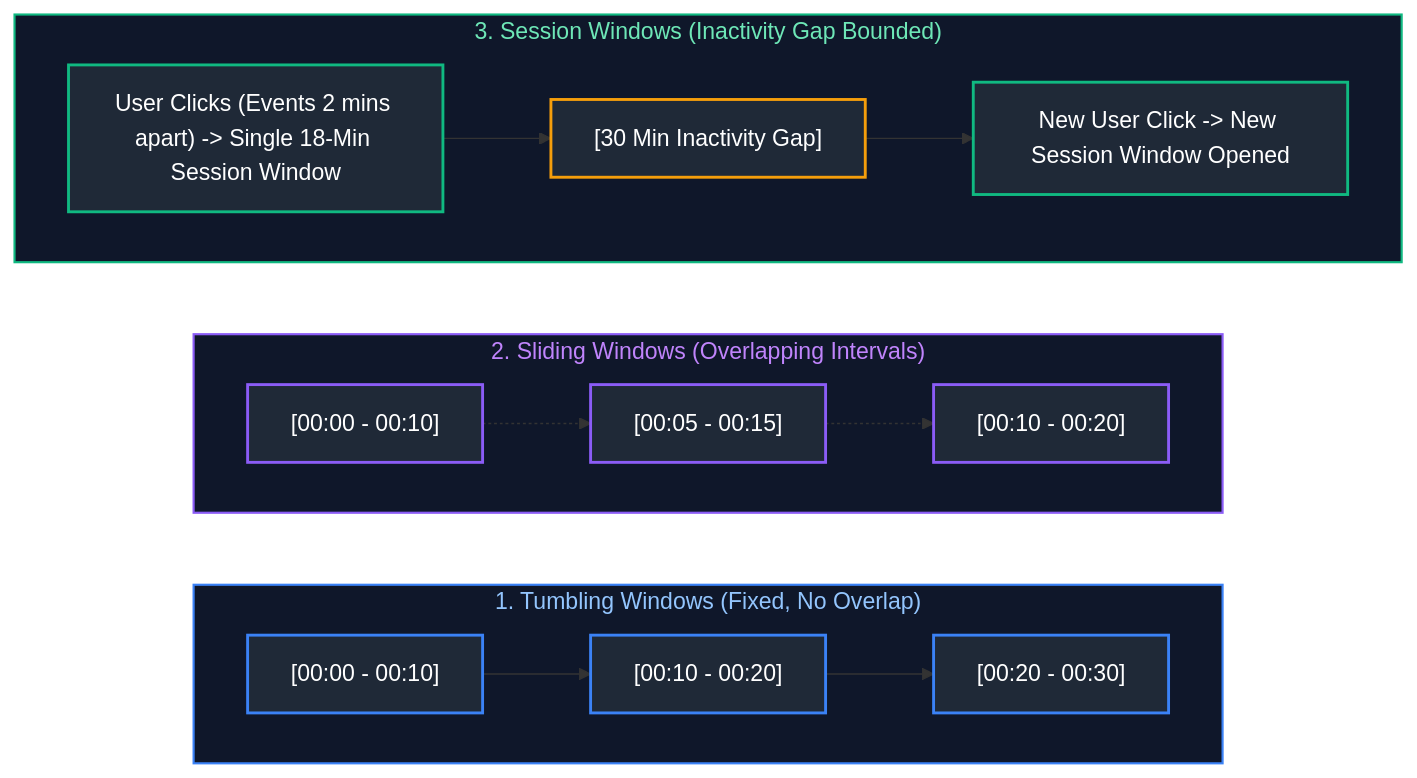
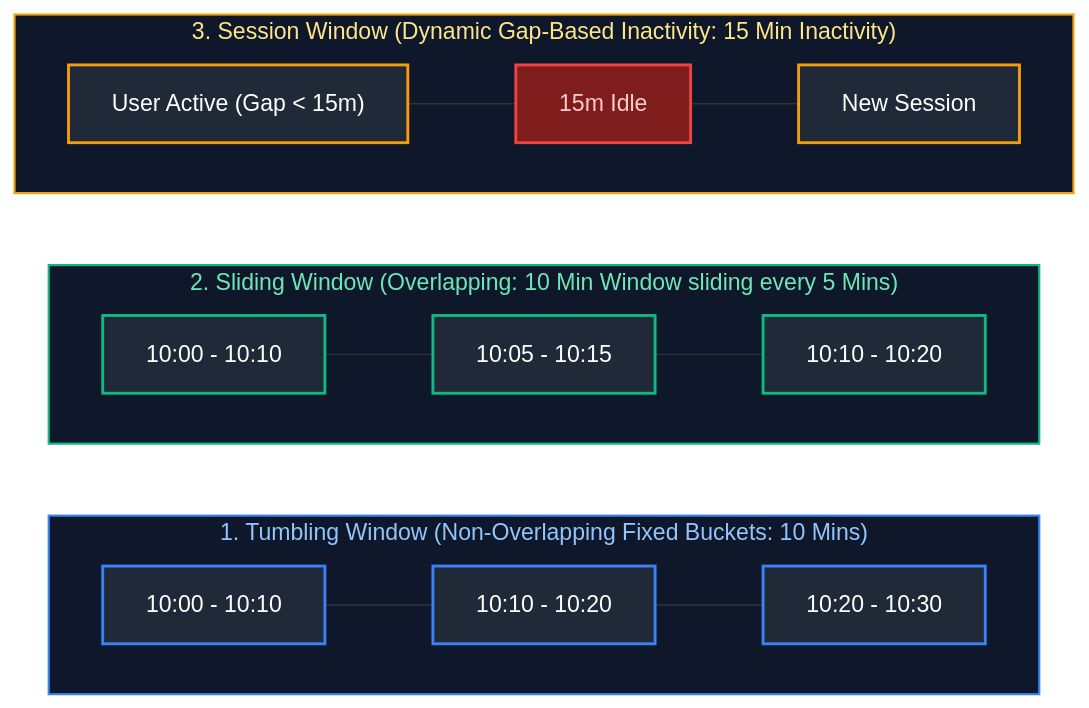
Before and after one commit to joydeep-biswas/Interview-Preparation: diagram 13 of 14 in Data Engineering/11_streaming_and_kafka_event_streaming.md, drawn with Mermaid. The commit also changed other lines of this file and 143 other files, not shown here.

````diff
--- a/Data Engineering/11_streaming_and_kafka_event_streaming.md
+++ b/Data Engineering/11_streaming_and_kafka_event_streaming.md
@@ -907,37 +735,33 @@
 ```mermaid
 flowchart LR
-    subgraph Tumbling ["1. Tumbling Windows (Fixed, No Overlap)"]
+    subgraph Tumbling ["1. Tumbling Window (Non-Overlapping Fixed Buckets: 10 Mins)"]
         direction LR
-        T1["[00:00 - 00:10]"] --> T2["[00:10 - 00:20]"] --> T3["[00:20 - 00:30]"]
+        TW1["10:00 - 10:10"] --- TW2["10:10 - 10:20"] --- TW3["10:20 - 10:30"]
     end
 
-    subgraph Sliding ["2. Sliding Windows (Overlapping Intervals)"]
+    subgraph Sliding ["2. Sliding Window (Overlapping: 10 Min Window sliding every 5 Mins)"]
         direction LR
-        S1["[00:00 - 00:10]"]
-        S2["   [00:05 - 00:15]"]
-        S3["      [00:10 - 00:20]"]
-        S1 -.-> S2 -.-> S3
+        SW1["10:00 - 10:10"]
+        SW2["10:05 - 10:15"]
+        SW3["10:10 - 10:20"]
+        SW1 --- SW2 --- SW3
     end
 
-    subgraph Session ["3. Session Windows (Inactivity Gap Bounded)"]
+    subgraph Session ["3. Session Window (Dynamic Gap-Based Inactivity: 15 Min Inactivity)"]
         direction LR
-        U1["User Clicks (Events 2 mins apart) -> Single 18-Min Session Window"]
-        Gap["[30 Min Inactivity Gap]"]
-        U2["New User Click -> New Session Window Opened"]
-        U1 --> Gap --> U2
+        Sess1["User Active (Gap < 15m)"] --- Gap["15m Idle"] --- Sess2["New Session"]
     end
 
     style Tumbling fill:#0f172a,stroke:#3b82f6,stroke-width:1.5px,color:#93c5fd
-    style Sliding fill:#0f172a,stroke:#8b5cf6,stroke-width:1.5px,color:#c084fc
-    style Session fill:#0f172a,stroke:#10b981,stroke-width:1.5px,color:#6ee7b7
-
-    style T1 fill:#1f2937,stroke:#3b82f6,stroke-width:2px,color:#fff
-    style T2 fill:#1f2937,stroke:#3b82f6,stroke-width:2px,color:#fff
-    style T3 fill:#1f2937,stroke:#3b82f6,stroke-width:2px,color:#fff
-    style S1 fill:#1f2937,stroke:#8b5cf6,stroke-width:2px,color:#fff
-    style S2 fill:#1f2937,stroke:#8b5cf6,stroke-width:2px,color:#fff
-    style S3 fill:#1f2937,stroke:#8b5cf6,stroke-width:2px,color:#fff
-    style U1 fill:#1f2937,stroke:#10b981,stroke-width:2px,color:#fff
-    style Gap fill:#1f2937,stroke:#f59e0b,stroke-width:2px,color:#fff
-    style U2 fill:#1f2937,stroke:#10b981,stroke-width:2px,color:#fff
+    style Sliding fill:#0f172a,stroke:#10b981,stroke-width:1.5px,color:#6ee7b7
+    style Session fill:#0f172a,stroke:#f59e0b,stroke-width:1.5px,color:#fde68a
+    style TW1 fill:#1f2937,stroke:#3b82f6,stroke-width:2px,color:#fff
+    style TW2 fill:#1f2937,stroke:#3b82f6,stroke-width:2px,color:#fff
+    style TW3 fill:#1f2937,stroke:#3b82f6,stroke-width:2px,color:#fff
+    style SW1 fill:#1f2937,stroke:#10b981,stroke-width:2px,color:#fff
+    style SW2 fill:#1f2937,stroke:#10b981,stroke-width:2px,color:#fff
+    style SW3 fill:#1f2937,stroke:#10b981,stroke-width:2px,color:#fff
+    style Sess1 fill:#1f2937,stroke:#f59e0b,stroke-width:2px,color:#fff
+    style Gap fill:#7f1d1d,stroke:#ef4444,stroke-width:2px,color:#fecaca
+    style Sess2 fill:#1f2937,stroke:#f59e0b,stroke-width:2px,color:#fff
 ```
````
